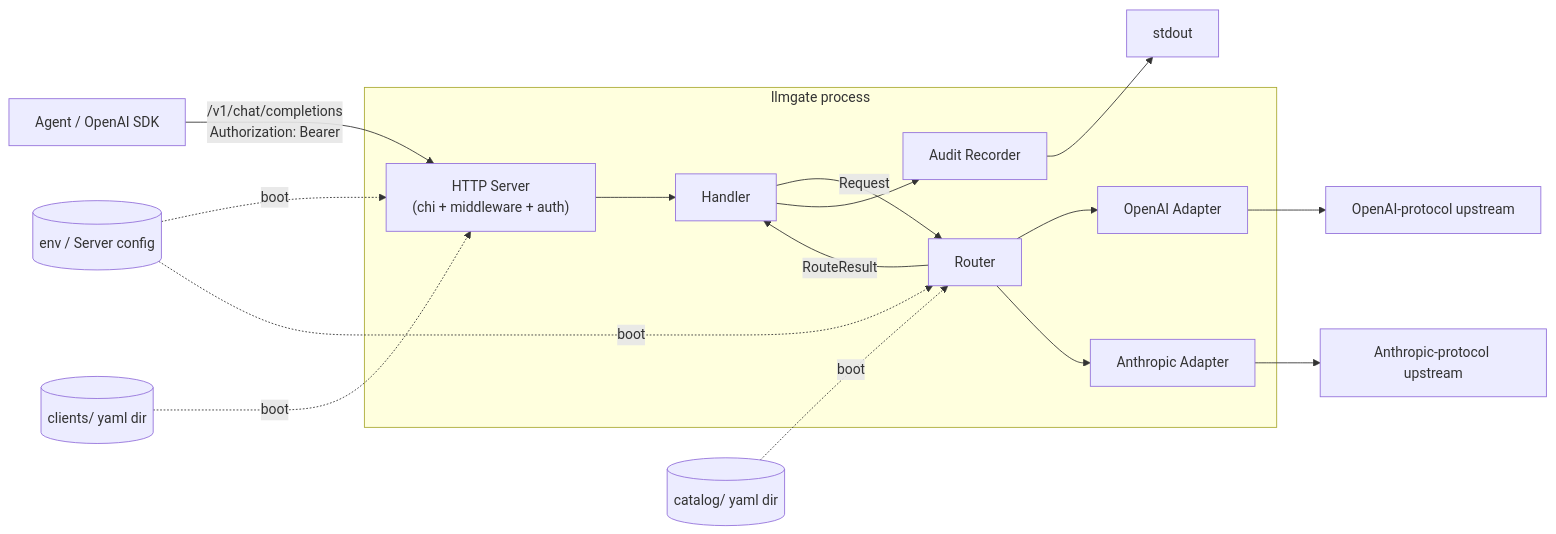
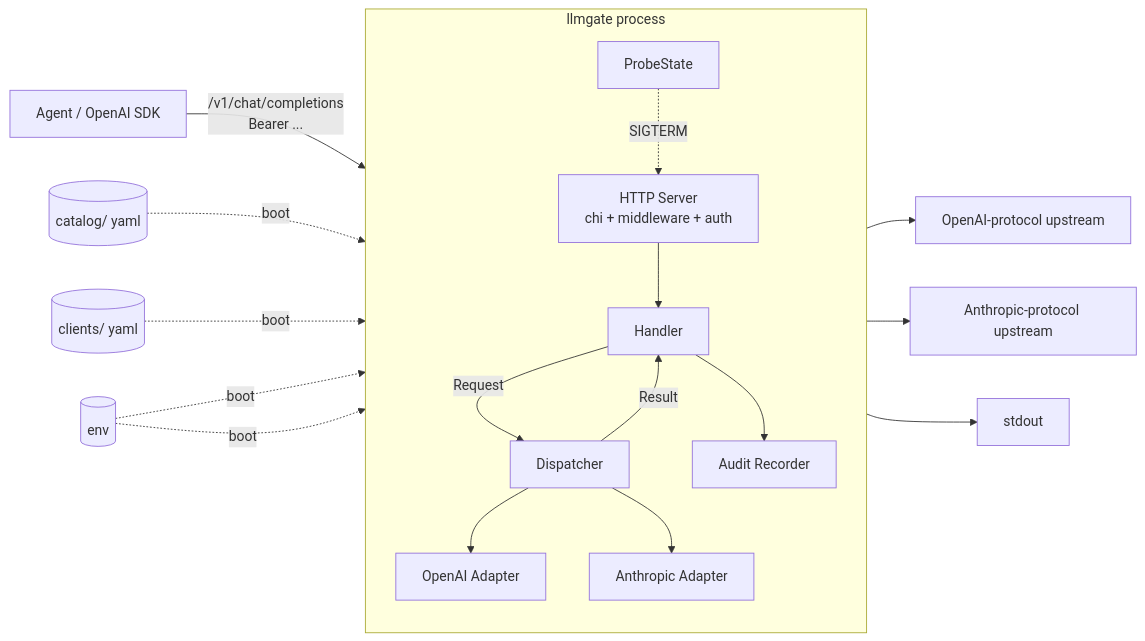
The first of 4 diagrams in docs/architecture.md (cagojeiger/llmgate), drawn with Mermaid before and after one commit. The commit also changed other lines of this file and 13 other files, not shown here.

````diff
--- a/docs/architecture.md
+++ b/docs/architecture.md
@@ -33,36 +9,39 @@
 ```mermaid
 graph LR
     Agent[Agent / OpenAI SDK]
 
     subgraph Gateway[llmgate process]
-        Server["HTTP Server<br/>(chi + middleware + auth)"]
+        direction TB
+        Server["HTTP Server<br/>chi + middleware + auth"]
         Handler[Handler]
-        Router[Router]
+        Dispatcher[Dispatcher]
         OAI[OpenAI Adapter]
         Anth[Anthropic Adapter]
+        Probe[ProbeState]
         Audit[Audit Recorder]
     end
 
-    Catalog[(catalog/ yaml dir)]
-    Clients[(clients/ yaml dir)]
-    Env[(env / Server config)]
+    Catalog[(catalog/ yaml)]
+    Clients[(clients/ yaml)]
+    Env[(env)]
     UpOAI[OpenAI-protocol upstream]
     UpAnth[Anthropic-protocol upstream]
     Sink[stdout]
 
-    Agent -->|"/v1/chat/completions<br/>Authorization: Bearer"| Server
+    Agent -->|"/v1/chat/completions<br/>Bearer ..."| Server
     Server --> Handler
-    Handler -->|Request| Router
-    Router -->|RouteResult| Handler
-    Router --> OAI
-    Router --> Anth
+    Handler -->|Request| Dispatcher
+    Dispatcher -->|Result| Handler
+    Dispatcher --> OAI
+    Dispatcher --> Anth
     OAI --> UpOAI
     Anth --> UpAnth
     Handler --> Audit
     Audit --> Sink
 
-    Catalog -.boot.-> Router
+    Catalog -.boot.-> Dispatcher
     Clients -.boot.-> Server
     Env -.boot.-> Server
-    Env -.boot.-> Router
+    Env -.boot.-> Dispatcher
+    Probe -.SIGTERM.-> Server
 ```
````
